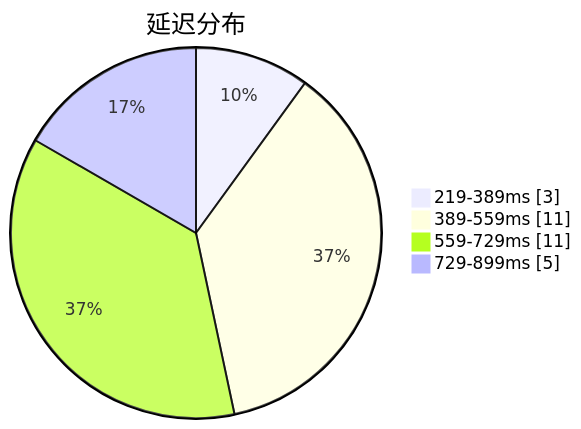
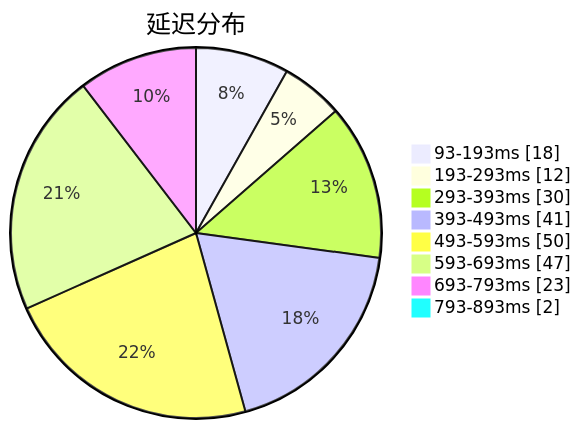
One commit to sinspired/airport changed the first of 3 diagrams in subs/statistics/tested_within.md. Above: the diagram before and after it, drawn with Mermaid. The commit also changed other lines of this file and 2 other files, not shown here.

````diff
--- a/subs/statistics/tested_within.md
+++ b/subs/statistics/tested_within.md
@@ -2,8 +2,12 @@
 ```mermaid
 pie showData
 title 延迟分布
-"219-389ms" : 3
-"389-559ms" : 11
-"559-729ms" : 11
-"729-899ms" : 5
+"93-193ms" : 18
+"193-293ms" : 12
+"293-393ms" : 30
+"393-493ms" : 41
+"493-593ms" : 50
+"593-693ms" : 47
+"693-793ms" : 23
+"793-893ms" : 2
 ```
````
